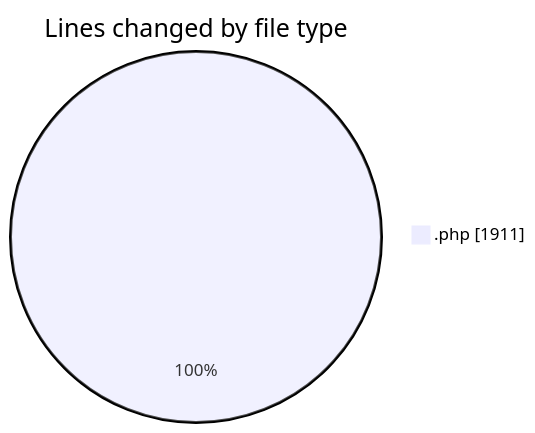
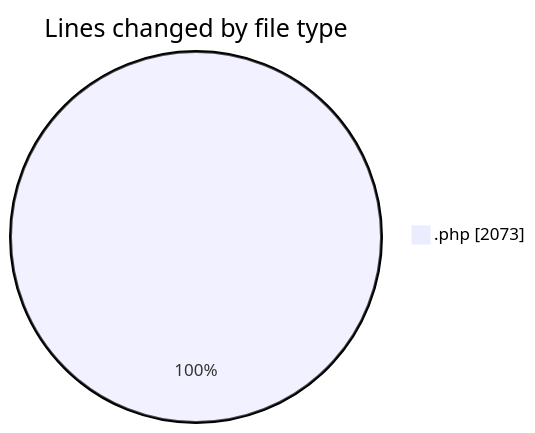
The first of 2 diagrams in 2025-10-22/untitled__workspace_/README.md (debugP/code-tracking), drawn with Mermaid before and after one commit. The commit also changed other lines of this file and 1 other file, not shown here.

````diff
--- a/2025-10-22/untitled__workspace_/README.md
+++ b/2025-10-22/untitled__workspace_/README.md
@@ -20,5 +20,5 @@
 ```mermaid
 pie showData
 title Lines changed by file type
-".php" : 1911
+".php" : 2073
 ```
````
